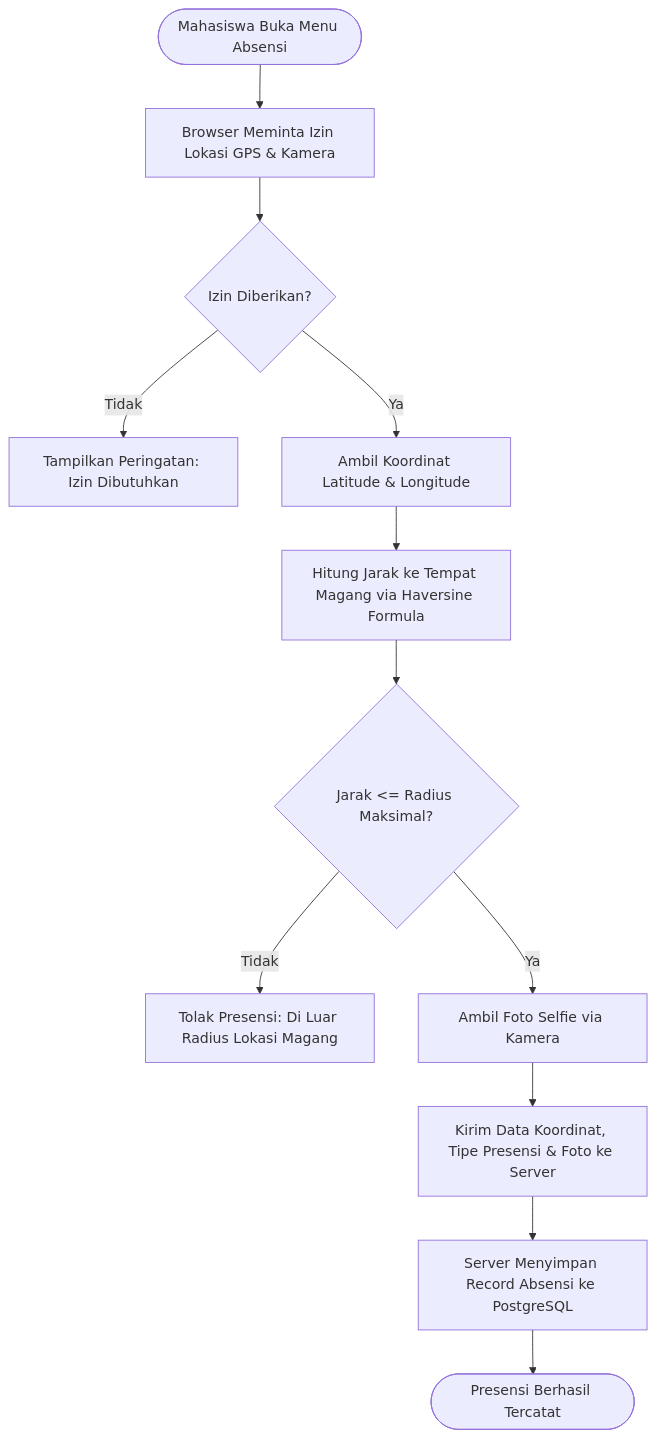
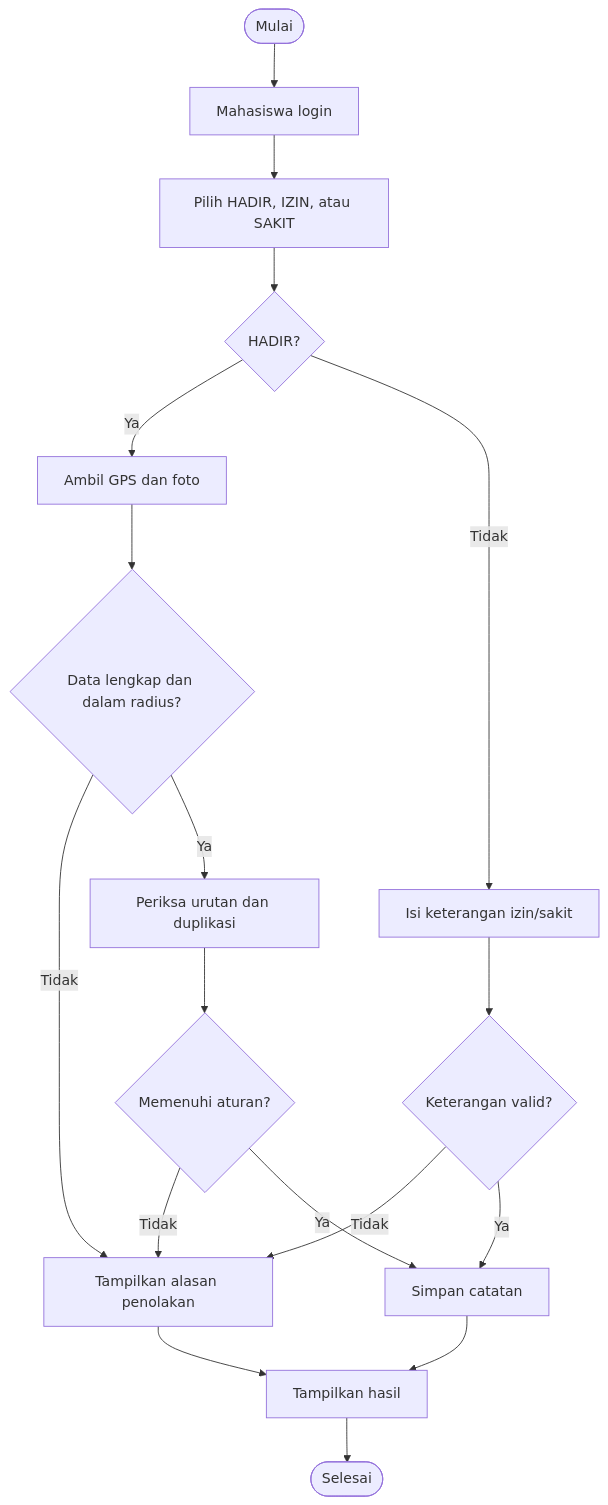
One commit to Heat4Cliff/simag-bmkg-web changed the third of 4 diagrams in README.md. Above: the diagram before and after it, drawn with Mermaid. The commit also changed other lines of this file, not shown here.

````diff
--- a/README.md
+++ b/README.md
@@ -90,14 +66,20 @@
 ```mermaid
 flowchart TD
-    A([Mahasiswa Buka Menu Absensi]) --> B[Browser Meminta Izin Lokasi GPS & Kamera]
-    B --> C{Izin Diberikan?}
-    C -- Tidak --> D[Tampilkan Peringatan: Izin Dibutuhkan]
-    C -- Ya --> E[Ambil Koordinat Latitude & Longitude]
-    E --> F[Hitung Jarak ke Tempat Magang via Haversine Formula]
-    F --> G{Jarak <= Radius Maksimal?}
-    G -- Tidak --> H[Tolak Presensi: Di Luar Radius Lokasi Magang]
-    G -- Ya --> I[Ambil Foto Selfie via Kamera]
-    I --> J[Kirim Data Koordinat, Tipe Presensi & Foto ke Server]
-    J --> K[Server Menyimpan Record Absensi ke PostgreSQL]
-    K --> L([Presensi Berhasil Tercatat])
+    A([Mulai]) --> B[Mahasiswa login]
+    B --> C[Pilih HADIR, IZIN, atau SAKIT]
+    C --> D{HADIR?}
+    D -- Ya --> E[Ambil GPS dan foto]
+    E --> F{Data lengkap dan dalam radius?}
+    F -- Tidak --> X[Tampilkan alasan penolakan]
+    F -- Ya --> G[Periksa urutan dan duplikasi]
+    D -- Tidak --> H[Isi keterangan izin/sakit]
+    H --> I{Keterangan valid?}
+    I -- Tidak --> X
+    I -- Ya --> J[Simpan catatan]
+    G --> K{Memenuhi aturan?}
+    K -- Tidak --> X
+    K -- Ya --> J
+    J --> L[Tampilkan hasil]
+    X --> L
+    L --> M([Selesai])
 ```
````
